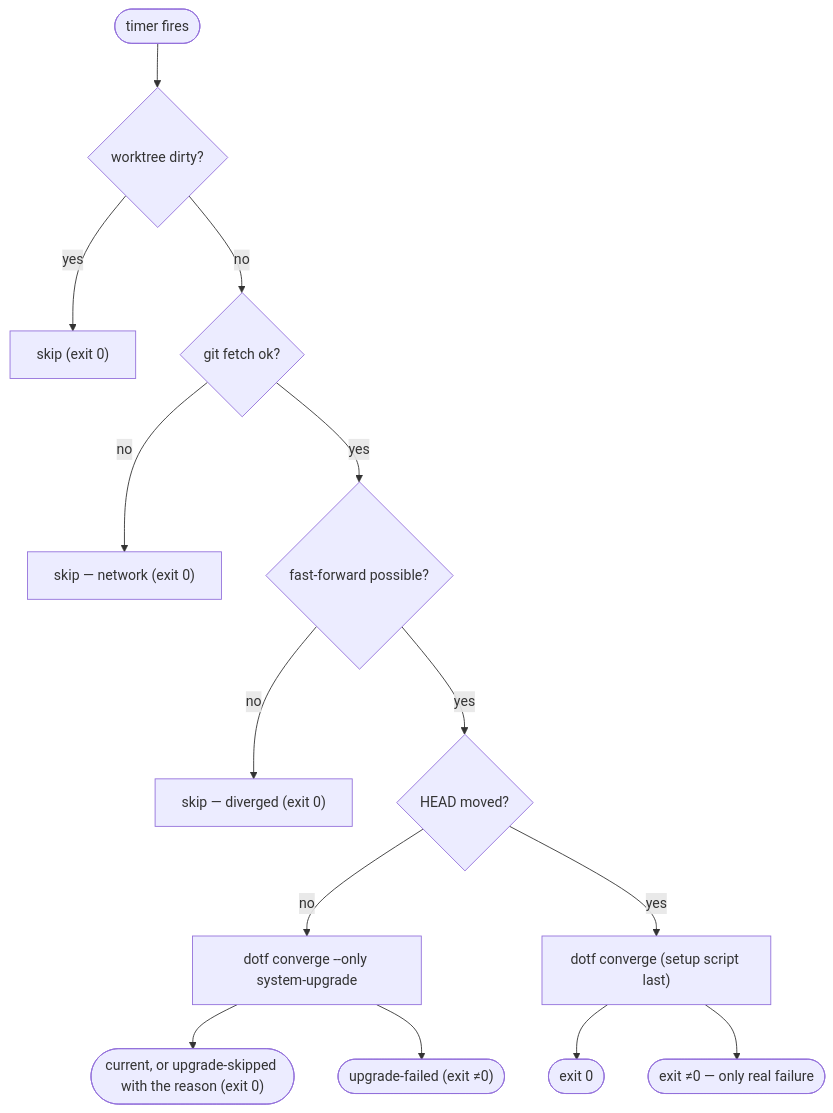
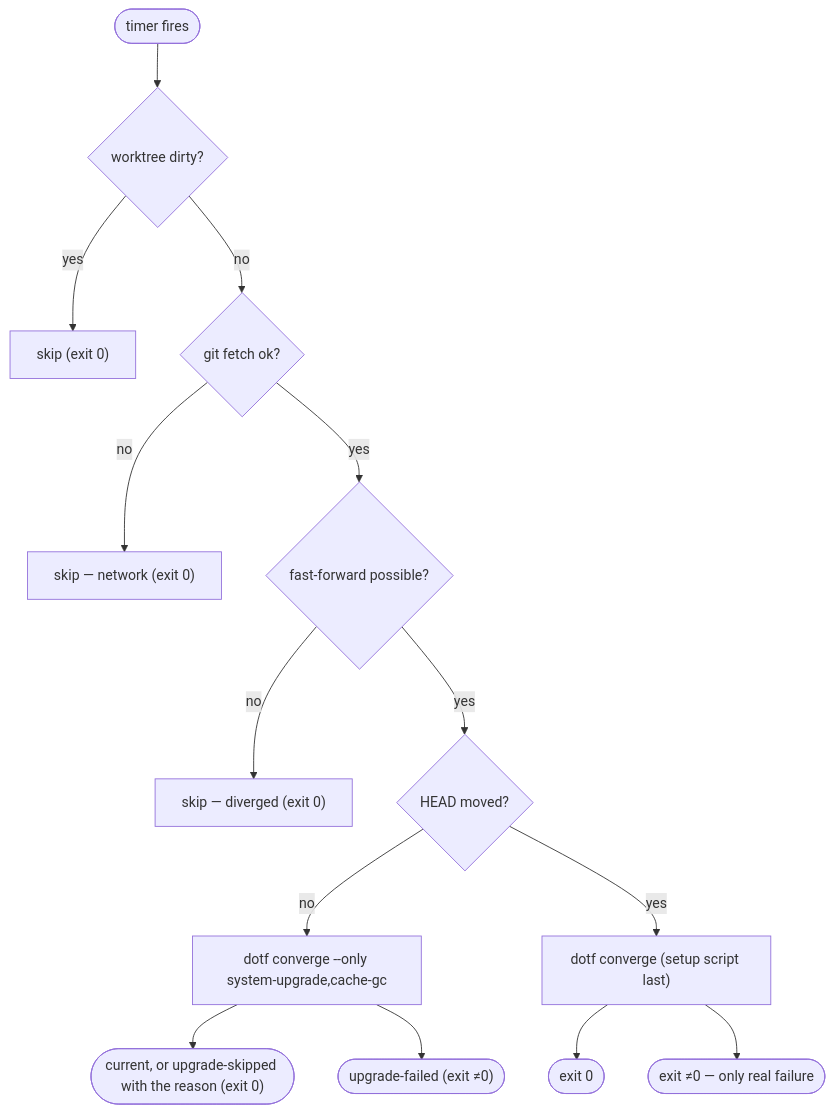
The diagram in docs/runbooks/guide-self-deploy-timer.md (mlorentedev/dotfiles), drawn with Mermaid before and after one commit. The commit also changed other lines of this file and 14 other files, not shown here.

````diff
--- a/docs/runbooks/guide-self-deploy-timer.md
+++ b/docs/runbooks/guide-self-deploy-timer.md
@@ -33,14 +34,14 @@
 ```mermaid
 flowchart TB
     T([timer fires]) --> D{worktree dirty?}
     D -- yes --> S1["skip (exit 0)"]
     D -- no --> F{git fetch ok?}
     F -- no --> S2["skip — network (exit 0)"]
     F -- yes --> FF{fast-forward possible?}
     FF -- no --> S3["skip — diverged (exit 0)"]
     FF -- yes --> M{HEAD moved?}
-    M -- no --> UP["dotf converge --only system-upgrade"]
+    M -- no --> UP["dotf converge --only system-upgrade,cache-gc"]
     UP --> OK2(["current, or upgrade-skipped with the reason (exit 0)"]) & UF(["upgrade-failed (exit ≠0)"])
     M -- yes --> SETUP["dotf converge (setup script last)"]
     SETUP --> OK([exit 0]) & ERR(["exit ≠0 — only real failure"])
 ```
````
